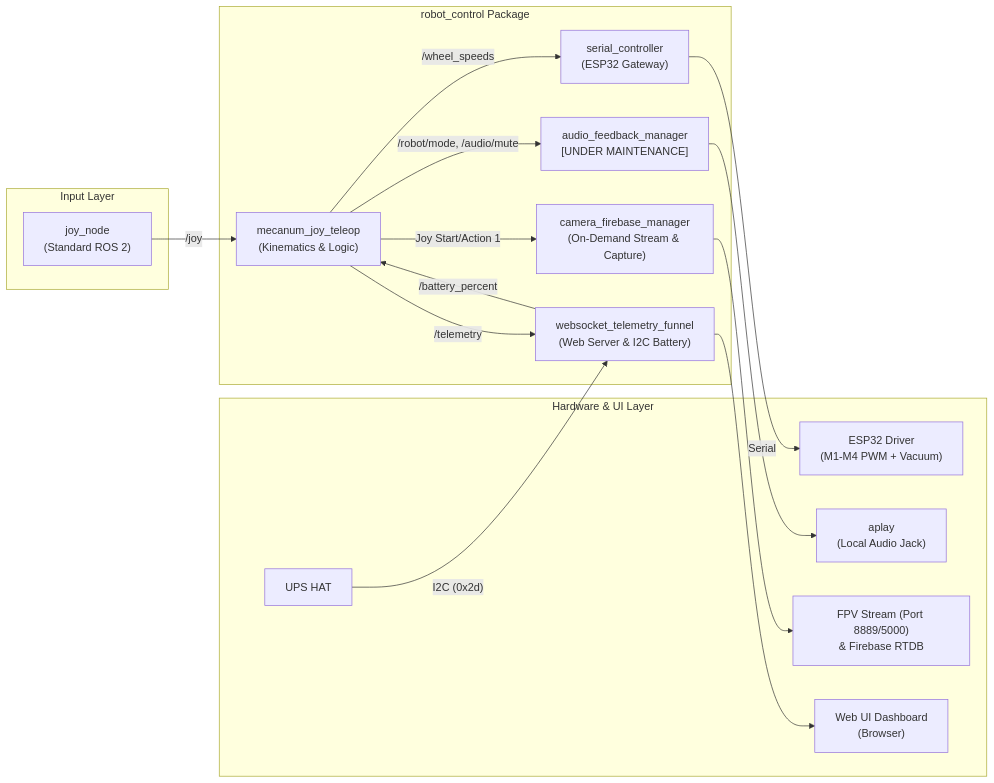
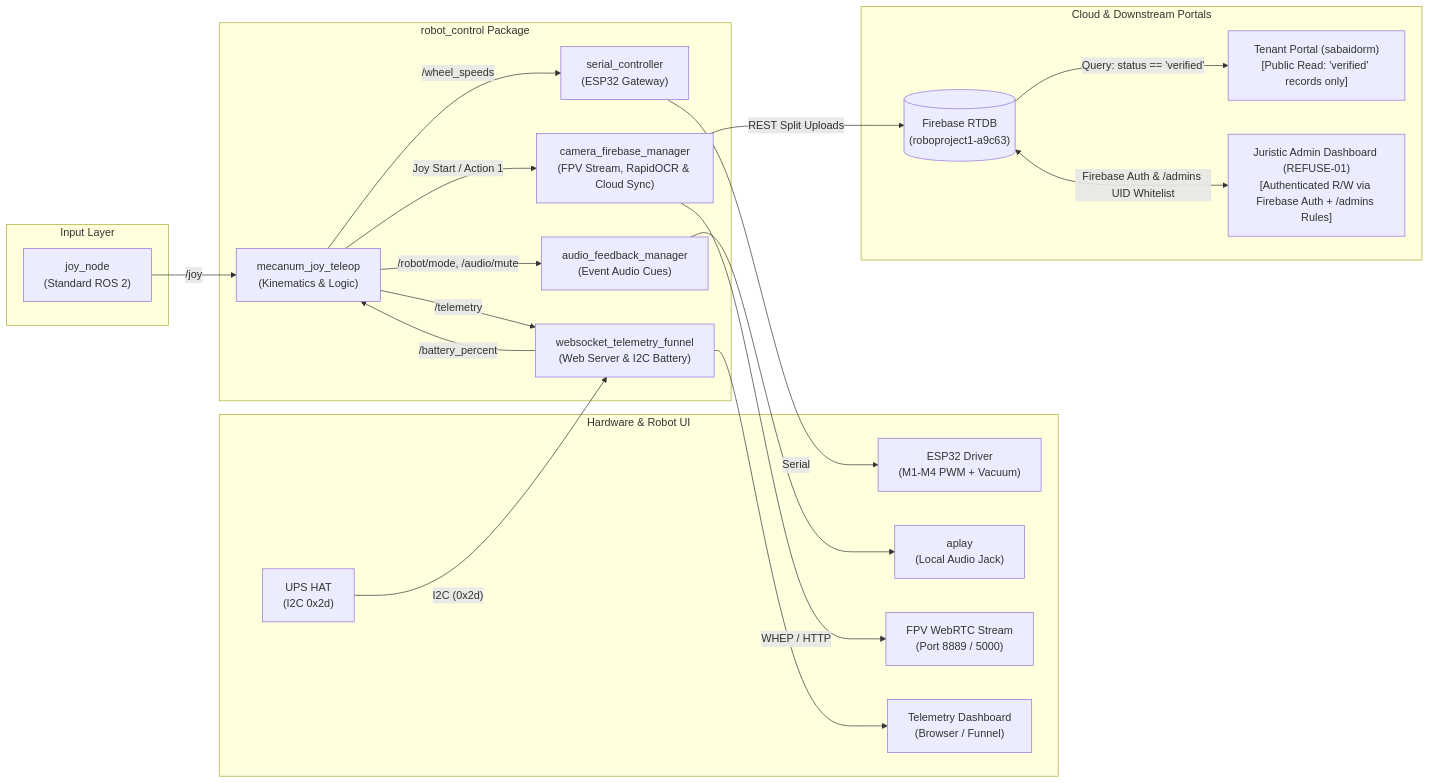
One commit to PanTiwon/RoboProject_Server changed the first of 2 diagrams in README.md. Above: the diagram before and after it, drawn with Mermaid. The commit also changed other lines of this file, not shown here.

Commit message:
docs: integrate tenant portal and juristic admin dashboard web applications into README

````diff
--- a/README.md
+++ b/README.md
@@ -103,36 +114,46 @@
 ```mermaid
 flowchart LR
     subgraph Inputs ["Input Layer"]
         JoyNode["joy_node\n(Standard ROS 2)"]
     end
 
     subgraph Core ["robot_control Package"]
         Teleop["mecanum_joy_teleop\n(Kinematics & Logic)"]
         SerialNode["serial_controller\n(ESP32 Gateway)"]
-        CameraNode["camera_firebase_manager\n(On-Demand Stream & Capture)"]
-        AudioNode["audio_feedback_manager\n[UNDER MAINTENANCE]"]
+        CameraNode["camera_firebase_manager\n(FPV Stream, RapidOCR & Cloud Sync)"]
+        AudioNode["audio_feedback_manager\n(Event Audio Cues)"]
         TelemetryNode["websocket_telemetry_funnel\n(Web Server & I2C Battery)"]
     end
 
-    subgraph Outputs ["Hardware & UI Layer"]
+    subgraph Outputs ["Hardware & Robot UI"]
         ESP32["ESP32 Driver\n(M1-M4 PWM + Vacuum)"]
         AudioOut["aplay\n(Local Audio Jack)"]
-        CameraOut["FPV Stream (Port 8889/5000)\n& Firebase RTDB"]
-        Dashboard["Web UI Dashboard\n(Browser)"]
-        UPS["UPS HAT\n(I2C)"]
+        FPVOut["FPV WebRTC Stream\n(Port 8889 / 5000)"]
+        Dashboard["Telemetry Dashboard\n(Browser / Funnel)"]
+        UPS["UPS HAT\n(I2C 0x2d)"]
+    end
+
+    subgraph Cloud ["Cloud & Downstream Portals"]
+        FirebaseRTDB[("Firebase RTDB\n(roboproject1-a9c63)")]
+        TenantPortal["Tenant Portal (sabaidorm)\n[Public Read: 'verified' records only]"]
+        AdminDashboard["Juristic Admin Dashboard (REFUSE-01)\n[Authenticated R/W via Firebase Auth + /admins Rules]"]
     end
 
     JoyNode -->|/joy| Teleop
     Teleop -->|/wheel_speeds| SerialNode
     Teleop -->|/robot/mode, /audio/mute| AudioNode
     Teleop -->|/telemetry| TelemetryNode
-    Teleop -->|Joy Start/Action 1| CameraNode
+    Teleop -->|Joy Start / Action 1| CameraNode
     
-    UPS["UPS HAT"] -->|"I2C (0x2d)"| TelemetryNode
+    UPS -->|"I2C (0x2d)"| TelemetryNode
     TelemetryNode -->|/battery_percent| Teleop
 
     SerialNode -->|Serial <M1,M2,M3,M4,Vacuum,Yaw,Pitch>| ESP32
     AudioNode --> AudioOut
-    CameraNode --> CameraOut
+    CameraNode -->|WHEP / HTTP| FPVOut
+    CameraNode -->|REST Split Uploads| FirebaseRTDB
     TelemetryNode --> Dashboard
+
+    FirebaseRTDB -->|Query: status == 'verified'| TenantPortal
+    FirebaseRTDB <-->|Firebase Auth & /admins UID Whitelist| AdminDashboard
 ```
````
